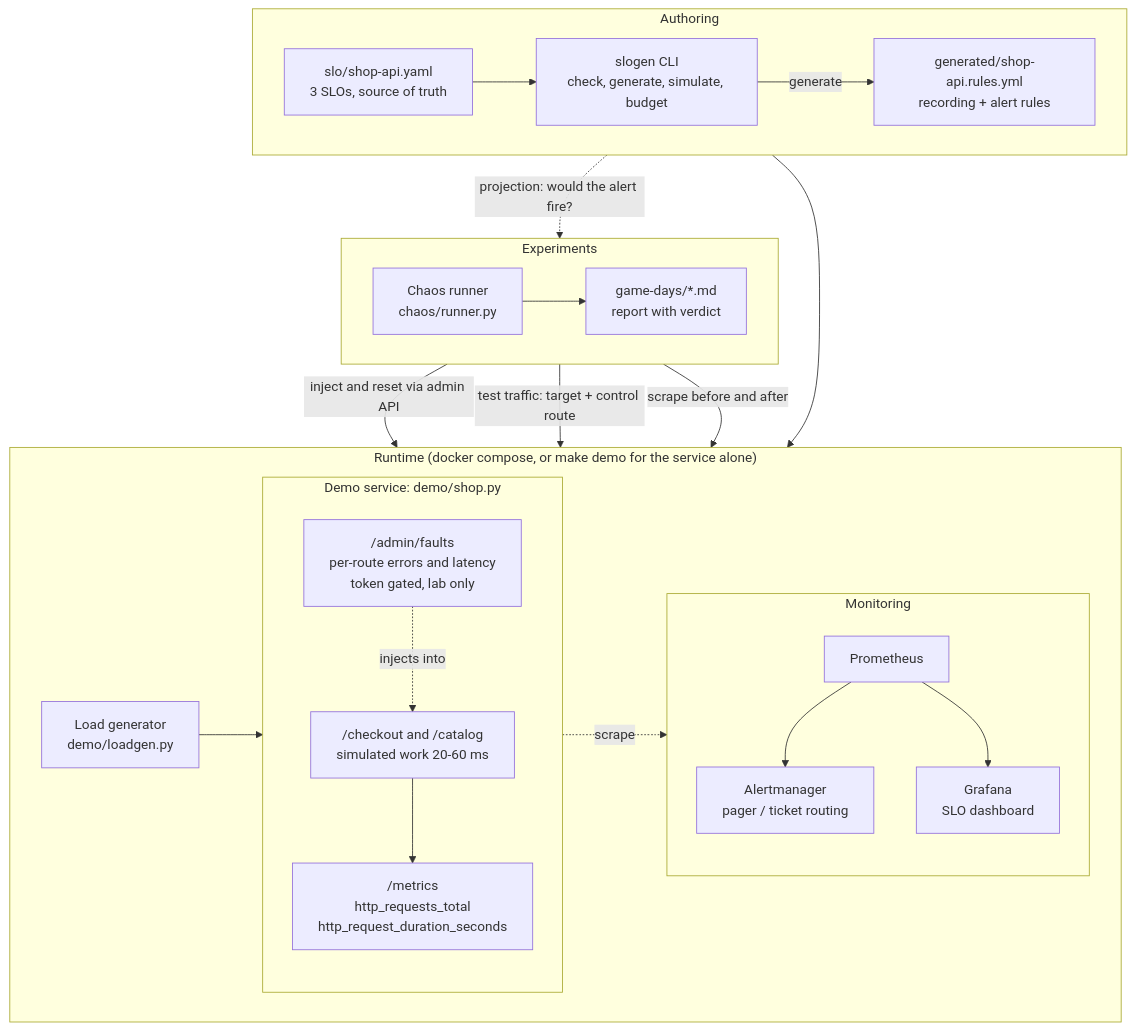
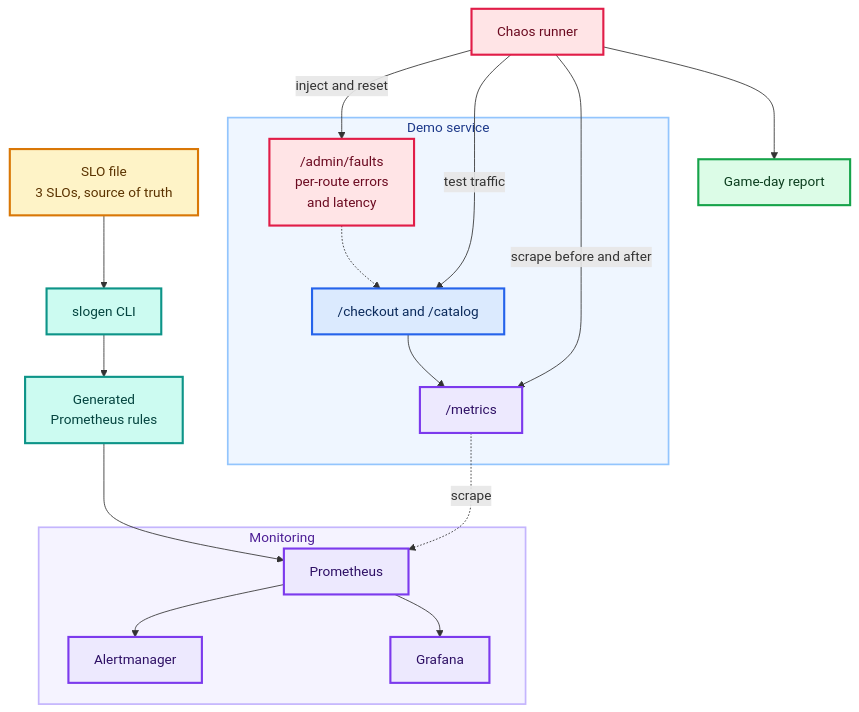
The first of 5 diagrams in projects/sre-reliability-lab/docs/schematics/README.md (Joxejaime/Projects-2026), drawn with Mermaid before and after one commit. The commit also changed other lines of this file and 62 other files, not shown here.

First line of the commit message:
Colour the schematics and add LinkedIn cards and carousels

````diff
--- a/projects/sre-reliability-lab/docs/schematics/README.md
+++ b/projects/sre-reliability-lab/docs/schematics/README.md
@@ -10,39 +10,45 @@
 ```mermaid
 %% title: System architecture
-%% caption: Everything in the lab, top to bottom: authoring, runtime, experiments. The SLO file drives the alert rules; the demo service gives them something real to measure; the chaos runner injects faults into the service and measures the result from the client side and from the service's own /metrics. The compose stack (make up) runs the service, load generator, Prometheus, Alertmanager and Grafana.
+%% headline: Reliability as code, tested with real failures
+%% takeaway: One SLO file drives the alerts. A chaos runner breaks the demo service and checks what happened.
+%% legend: data=SLO source,guard=Generator and rules,app=Service,alert=Fault injection,obs=Observability,ok=Report
+%% caption: Everything in the lab. The SLO file drives the alert rules; the demo service gives them something real to measure; the chaos runner injects faults into the service and measures the result from the client side and from the service's own /metrics. The compose stack (make up) runs the service, load generator, Prometheus, Alertmanager and Grafana.
 flowchart TB
-    subgraph author["Authoring"]
-        direction LR
-        slo["slo/shop-api.yaml<br/>3 SLOs, source of truth"] --> slogen["slogen CLI<br/>check, generate, simulate, budget"] -->|generate| rules["generated/shop-api.rules.yml<br/>recording + alert rules"]
+    slo["SLO file<br/>3 SLOs, source of truth"] --> slogen["slogen CLI"] --> rules["Generated<br/>Prometheus rules"]
+    subgraph svc["Demo service"]
+        routes["/checkout and /catalog"]
+        faults["/admin/faults<br/>per-route errors<br/>and latency"]
+        metrics["/metrics"]
+        faults -.-> routes
+        routes --> metrics
     end
+    subgraph stack["Monitoring"]
+        prom["Prometheus"]
+        am["Alertmanager"]
+        graf["Grafana"]
+        prom --> am
+        prom --> graf
+    end
+    runner["Chaos runner"] --> report["Game-day report"]
+    rules --> prom
+    metrics -. scrape .-> prom
+    runner -->|"inject and reset"| faults
+    runner -->|"test traffic"| routes
+    runner -->|"scrape before and after"| metrics
 
-    subgraph runtime["Runtime (docker compose, or make demo for the service alone)"]
-        direction LR
-        load["Load generator<br/>demo/loadgen.py"] --> routes
-        subgraph svc["Demo service: demo/shop.py"]
-            direction TB
-            routes["/checkout and /catalog<br/>simulated work 20-60 ms"]
-            faults["/admin/faults<br/>per-route errors and latency<br/>token gated, lab only"]
-            metrics["/metrics<br/>http_requests_total<br/>http_request_duration_seconds"]
-            faults -. "injects into" .-> routes
-            routes --> metrics
-        end
-        subgraph stack["Monitoring"]
-            direction TB
-            prom["Prometheus"] --> am["Alertmanager<br/>pager / ticket routing"]
-            prom --> graf["Grafana<br/>SLO dashboard"]
-        end
-        metrics -. "scrape" .-> prom
-    end
-
-    subgraph exp["Experiments"]
-        direction LR
-        runner["Chaos runner<br/>chaos/runner.py"] --> report["game-days/*.md<br/>report with verdict"]
-    end
-
-    rules --> prom
-    runner -->|"inject and reset via admin API"| faults
-    runner -->|"test traffic: target + control route"| routes
-    runner -->|"scrape before and after"| metrics
-    slogen -. "projection: would the alert fire?" .-> runner
+    classDef entry fill:#E0E7FF,stroke:#4F46E5,stroke-width:2.5px,color:#1E1B4B
+    classDef app fill:#DBEAFE,stroke:#2563EB,stroke-width:2.5px,color:#0B2A5B
+    classDef guard fill:#CCFBF1,stroke:#0D9488,stroke-width:2.5px,color:#04443F
+    classDef data fill:#FEF3C7,stroke:#D97706,stroke-width:2.5px,color:#5B3300
+    classDef obs fill:#EDE9FE,stroke:#7C3AED,stroke-width:2.5px,color:#2E1065
+    classDef alert fill:#FFE4E6,stroke:#E11D48,stroke-width:2.5px,color:#6B0A20
+    classDef ok fill:#DCFCE7,stroke:#16A34A,stroke-width:2.5px,color:#0B3D1E
+    class slo data
+    class slogen,rules guard
+    class routes app
+    class faults,runner alert
+    class metrics,prom,am,graf obs
+    class report ok
+    style svc fill:#EFF6FF,stroke:#93C5FD,stroke-width:2px,color:#1E3A8A
+    style stack fill:#F5F3FF,stroke:#C4B5FD,stroke-width:2px,color:#4C1D95
 ```
````
